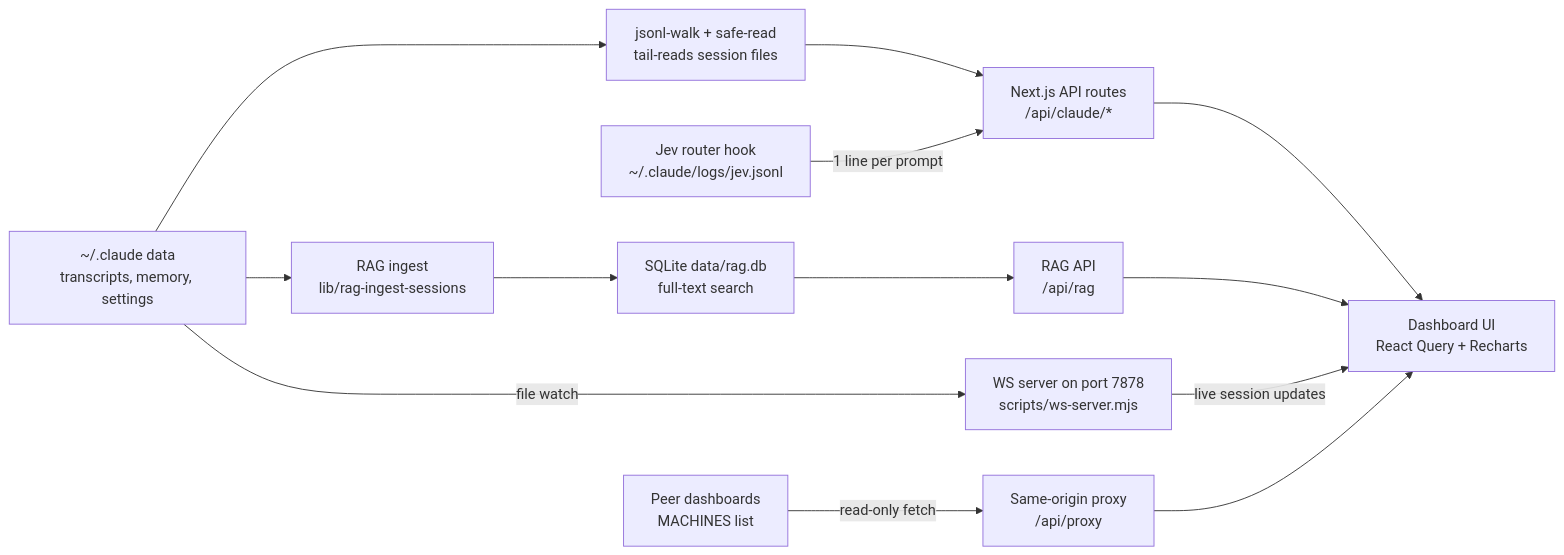
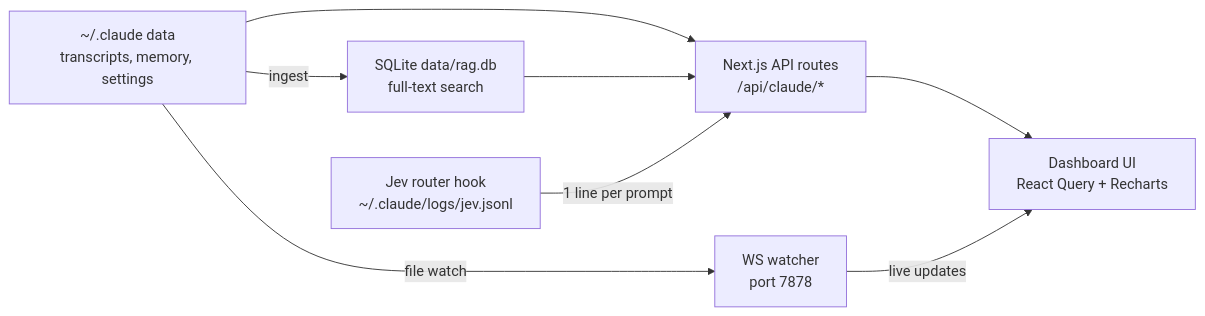
One commit to bunlongheng/claude-dashboard changed the diagram in README.md. Above: the diagram before and after it, drawn with Mermaid. The commit also changed other lines of this file and 12 other files, not shown here.

````diff
--- a/README.md
+++ b/README.md
@@ -119,20 +49,14 @@
 ```mermaid
 flowchart LR
     FS["~/.claude data<br>transcripts, memory, settings"]
-    WALK["jsonl-walk + safe-read<br>tail-reads session files"]
     API["Next.js API routes<br>/api/claude/*"]
-    INGEST["RAG ingest<br>lib/rag-ingest-sessions"]
     DB["SQLite data/rag.db<br>full-text search"]
-    RAGAPI["RAG API<br>/api/rag"]
     JEV["Jev router hook<br>~/.claude/logs/jev.jsonl"]
-    WS["WS server on port 7878<br>scripts/ws-server.mjs"]
-    PEERS["Peer dashboards<br>MACHINES list"]
-    PROXY["Same-origin proxy<br>/api/proxy"]
+    WS["WS watcher<br>port 7878"]
     UI["Dashboard UI<br>React Query + Recharts"]
 
-    FS --> WALK --> API --> UI
-    FS --> INGEST --> DB --> RAGAPI --> UI
+    FS --> API --> UI
+    FS -->|ingest| DB --> API
     JEV -->|1 line per prompt| API
-    FS -->|file watch| WS -->|live session updates| UI
-    PEERS -->|read-only fetch| PROXY --> UI
+    FS -->|file watch| WS -->|live updates| UI
 ```
````
